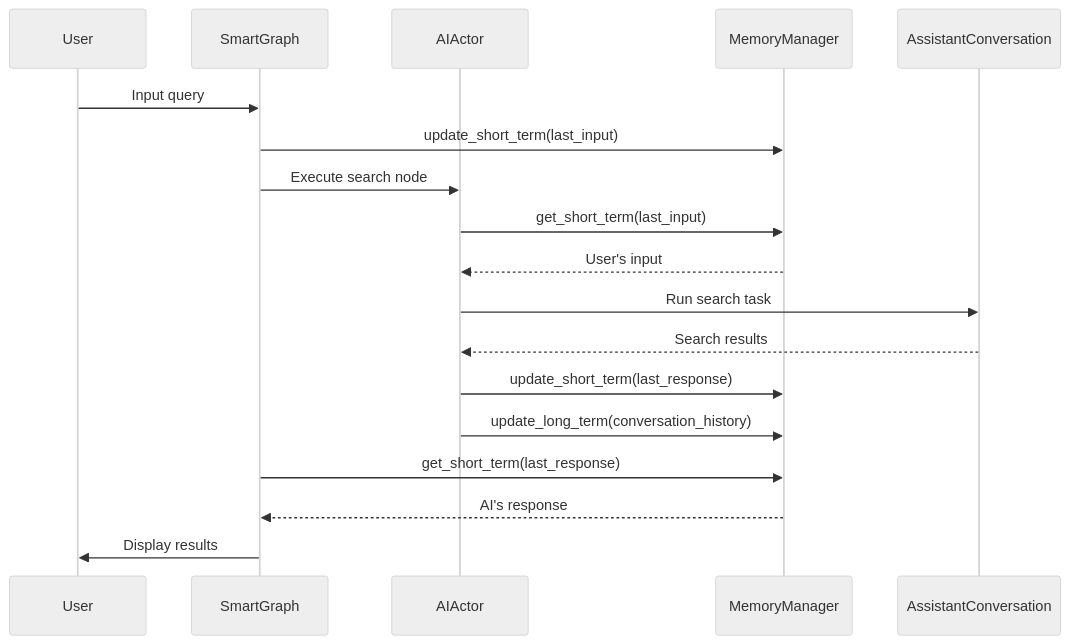
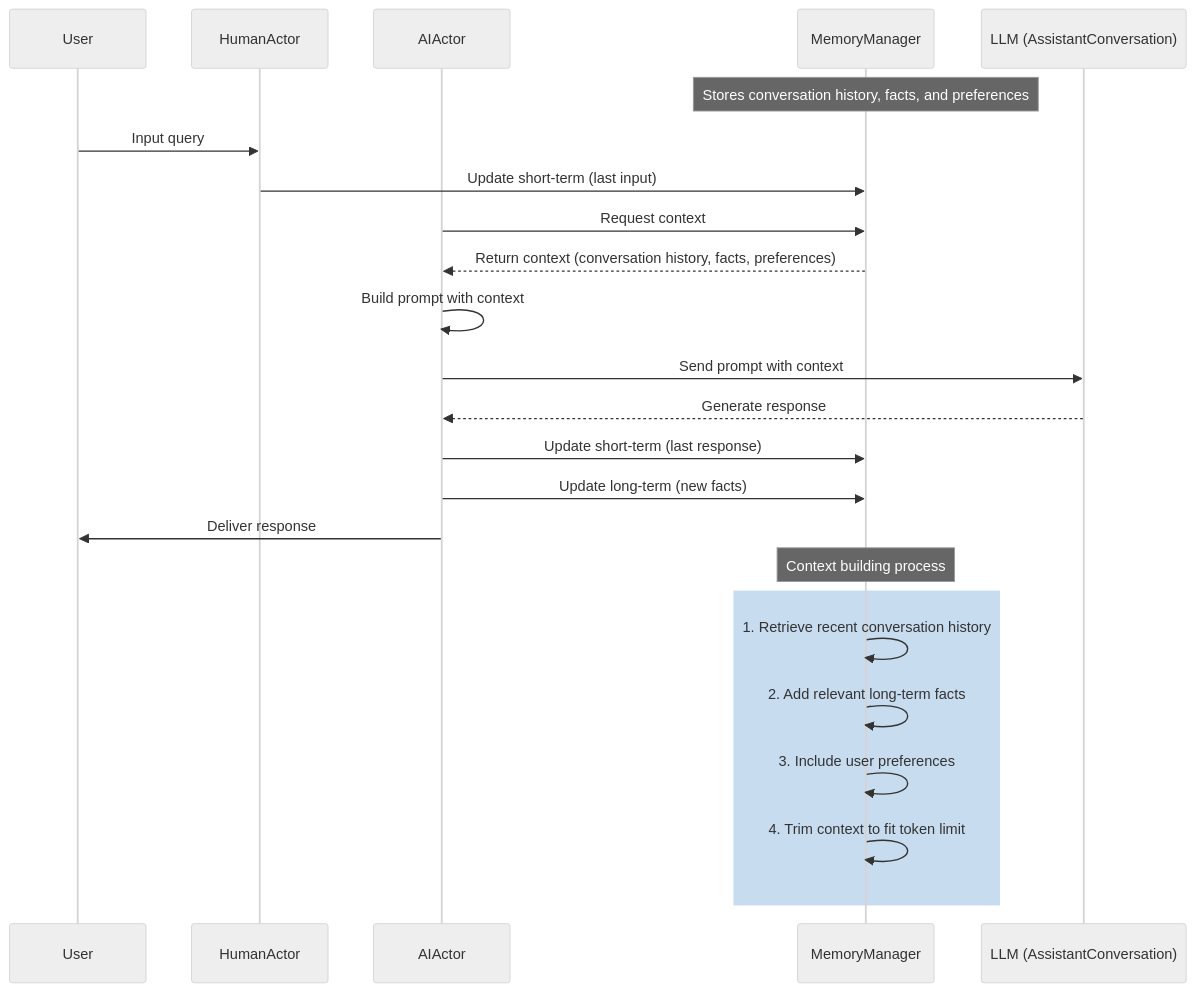
The fifth of 5 diagrams in examples/search_assistant.md (waveupHQ/smartgraph), drawn with Mermaid (neutral theme) before and after one commit. The commit also changed other lines of this file and 5 other files, not shown here.

First line of the commit message:
feat(memory): enhance context handling for LLM conversations

````diff
--- a/examples/search_assistant.md
+++ b/examples/search_assistant.md
@@ -158,22 +189,30 @@
 ```mermaid
 sequenceDiagram
     participant User
-    participant SmartGraph
+    participant HumanActor
     participant AIActor
     participant MemoryManager
-    participant AssistantConversation
+    participant LLM as LLM (AssistantConversation)
 
-    User->>SmartGraph: Input query
-    SmartGraph->>MemoryManager: update_short_term(last_input)
-    SmartGraph->>AIActor: Execute search node
-    AIActor->>MemoryManager: get_short_term(last_input)
-    MemoryManager-->>AIActor: User's input
-    AIActor->>AssistantConversation: Run search task
-    AssistantConversation-->>AIActor: Search results
-    AIActor->>MemoryManager: update_short_term(last_response)
-    AIActor->>MemoryManager: update_long_term(conversation_history)
-    SmartGraph->>MemoryManager: get_short_term(last_response)
-    MemoryManager-->>SmartGraph: AI's response
-    SmartGraph->>User: Display results
+    Note over MemoryManager: Stores conversation history, facts, and preferences
+
+    User->>HumanActor: Input query
+    HumanActor->>MemoryManager: Update short-term (last input)
+    AIActor->>MemoryManager: Request context
+    MemoryManager-->>AIActor: Return context (conversation history, facts, preferences)
+    AIActor->>AIActor: Build prompt with context
+    AIActor->>LLM: Send prompt with context
+    LLM-->>AIActor: Generate response
+    AIActor->>MemoryManager: Update short-term (last response)
+    AIActor->>MemoryManager: Update long-term (new facts)
+    AIActor->>User: Deliver response
+
+    Note over MemoryManager: Context building process
+    rect rgb(200, 220, 240)
+        MemoryManager->>MemoryManager: 1. Retrieve recent conversation history
+        MemoryManager->>MemoryManager: 2. Add relevant long-term facts
+        MemoryManager->>MemoryManager: 3. Include user preferences
+        MemoryManager->>MemoryManager: 4. Trim context to fit token limit
+    end
 
 ```
````
